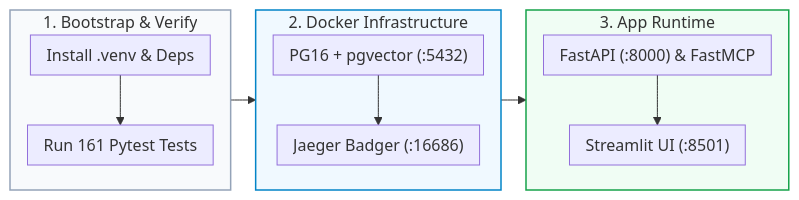
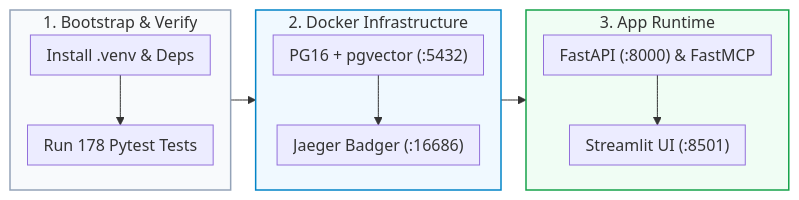
The third of 7 diagrams in README.md (Kenono2000/enterprise-rag-pgvector-rbac), drawn with Mermaid before and after one commit. The commit also changed other lines of this file and 2 other files, not shown here.

Commit message:
feat: standardize embedding model to use "text-embedding-3-small" across database queries and schema

````diff
--- a/README.md
+++ b/README.md
@@ -73,20 +73,20 @@
 ```mermaid
 %%{init: {'flowchart': {'nodeSpacing': 15, 'rankSpacing': 25, 'padding': 8}}}%%
 flowchart LR
     subgraph DevBootstrap ["1. Bootstrap & Verify"]
         direction TB
-        Venv["Install .venv & Deps"] --> Pytest["Run 161 Pytest Tests"]
+        Venv["Install .venv & Deps"] --> Pytest["Run 178 Pytest Tests"]
     end
     subgraph Containers ["2. Docker Infrastructure"]
         direction TB
         PG16["PG16 + pgvector (:5432)"] --> Jaeger["Jaeger Badger (:16686)"]
     end
     subgraph Services ["3. App Runtime"]
         direction TB
         FastAPI["FastAPI (:8000) & FastMCP"] --> Streamlit["Streamlit UI (:8501)"]
     end
     DevBootstrap --> Containers --> Services
     style DevBootstrap fill:#f8fafc,stroke:#94a3b8,stroke-width:1.5px
     style Containers fill:#f0f9ff,stroke:#0284c7,stroke-width:1.5px
     style Services fill:#f0fdf4,stroke:#16a34a,stroke-width:1.5px
 ```
````
